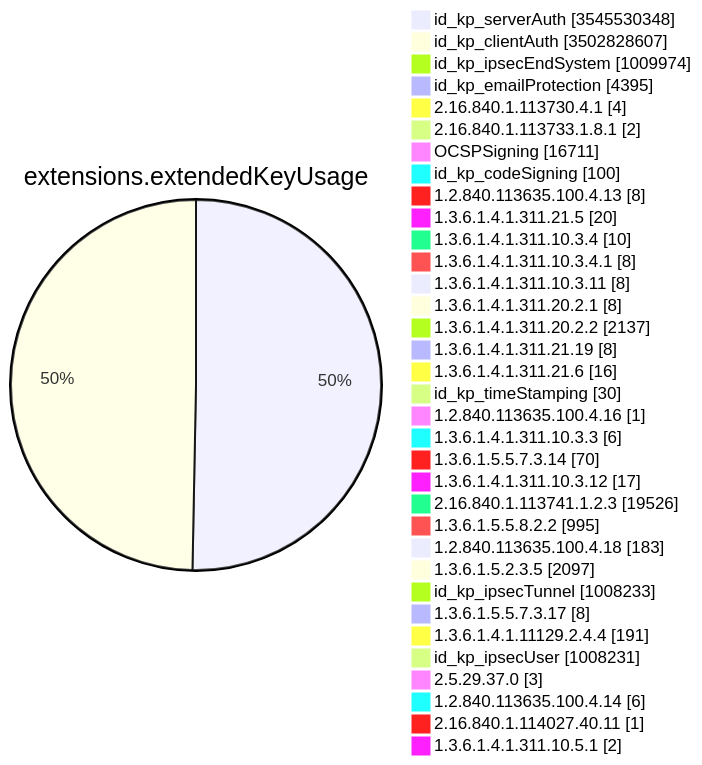
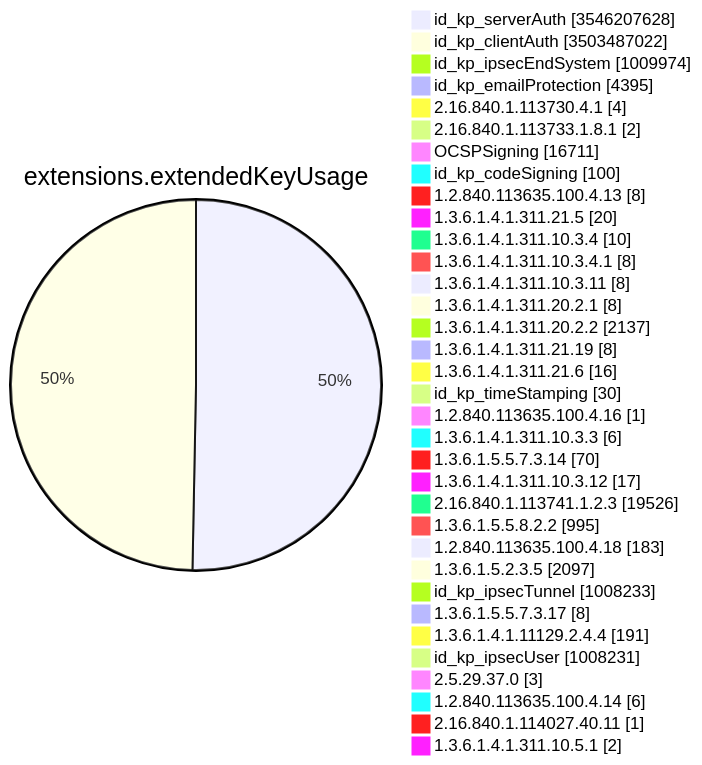
Diagram 11 of 15 in TOTAL/README.md (christiankrug/ctmonitor_visualization), drawn with Mermaid before and after one commit. The commit also changed other lines of this file, not shown here.

````diff
--- a/TOTAL/README.md
+++ b/TOTAL/README.md
@@ -4127,38 +4127,38 @@
 ```mermaid
 pie showData
 title extensions.extendedKeyUsage
-"id_kp_serverAuth" :3545530348
-"id_kp_clientAuth" :3502828607
+"id_kp_serverAuth" :3546207628
+"id_kp_clientAuth" :3503487022
 "id_kp_ipsecEndSystem" :1009974
 "id_kp_emailProtection" :4395
 "2.16.840.1.113730.4.1" :4
 "2.16.840.1.113733.1.8.1" :2
 "OCSPSigning" :16711
 "id_kp_codeSigning" :100
 "1.2.840.113635.100.4.13" :8
 "1.3.6.1.4.1.311.21.5" :20
 "1.3.6.1.4.1.311.10.3.4" :10
 "1.3.6.1.4.1.311.10.3.4.1" :8
 "1.3.6.1.4.1.311.10.3.11" :8
 "1.3.6.1.4.1.311.20.2.1" :8
 "1.3.6.1.4.1.311.20.2.2" :2137
 "1.3.6.1.4.1.311.21.19" :8
 "1.3.6.1.4.1.311.21.6" :16
 "id_kp_timeStamping" :30
 "1.2.840.113635.100.4.16" :1
 "1.3.6.1.4.1.311.10.3.3" :6
 "1.3.6.1.5.5.7.3.14" :70
 "1.3.6.1.4.1.311.10.3.12" :17
 "2.16.840.1.113741.1.2.3" :19526
 "1.3.6.1.5.5.8.2.2" :995
 "1.2.840.113635.100.4.18" :183
 "1.3.6.1.5.2.3.5" :2097
 "id_kp_ipsecTunnel" :1008233
 "1.3.6.1.5.5.7.3.17" :8
 "1.3.6.1.4.1.11129.2.4.4" :191
 "id_kp_ipsecUser" :1008231
 "2.5.29.37.0" :3
 "1.2.840.113635.100.4.14" :6
 "2.16.840.1.114027.40.11" :1
 "1.3.6.1.4.1.311.10.5.1" :2
 ```
````
